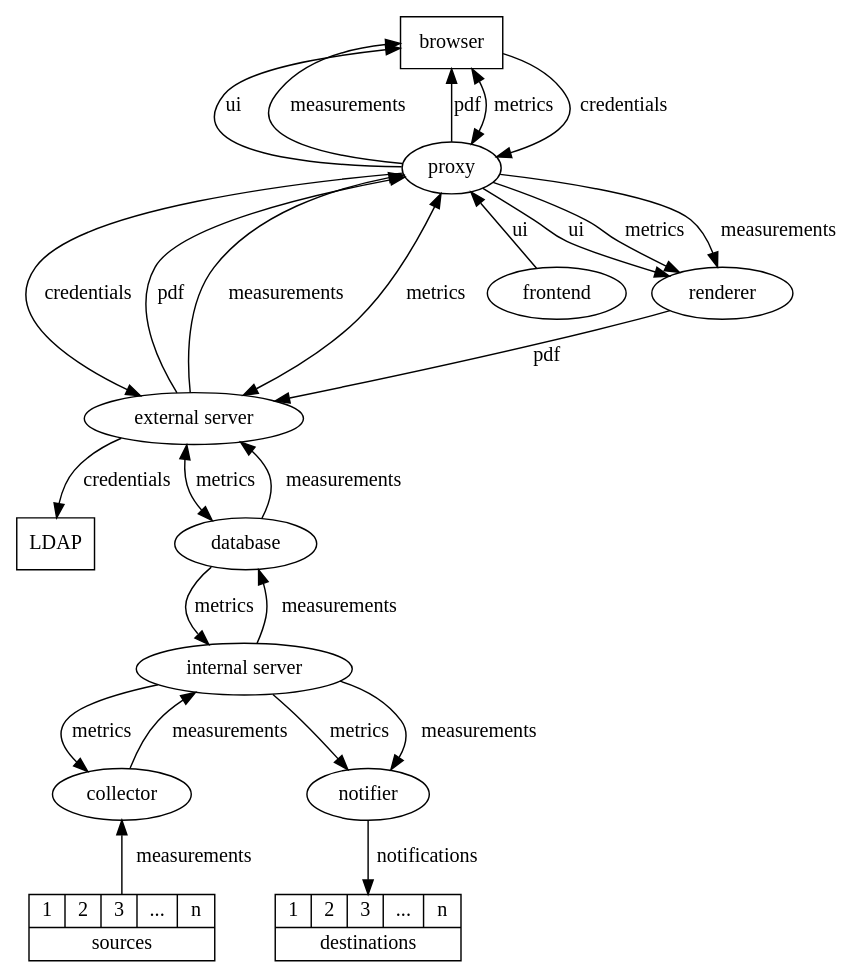
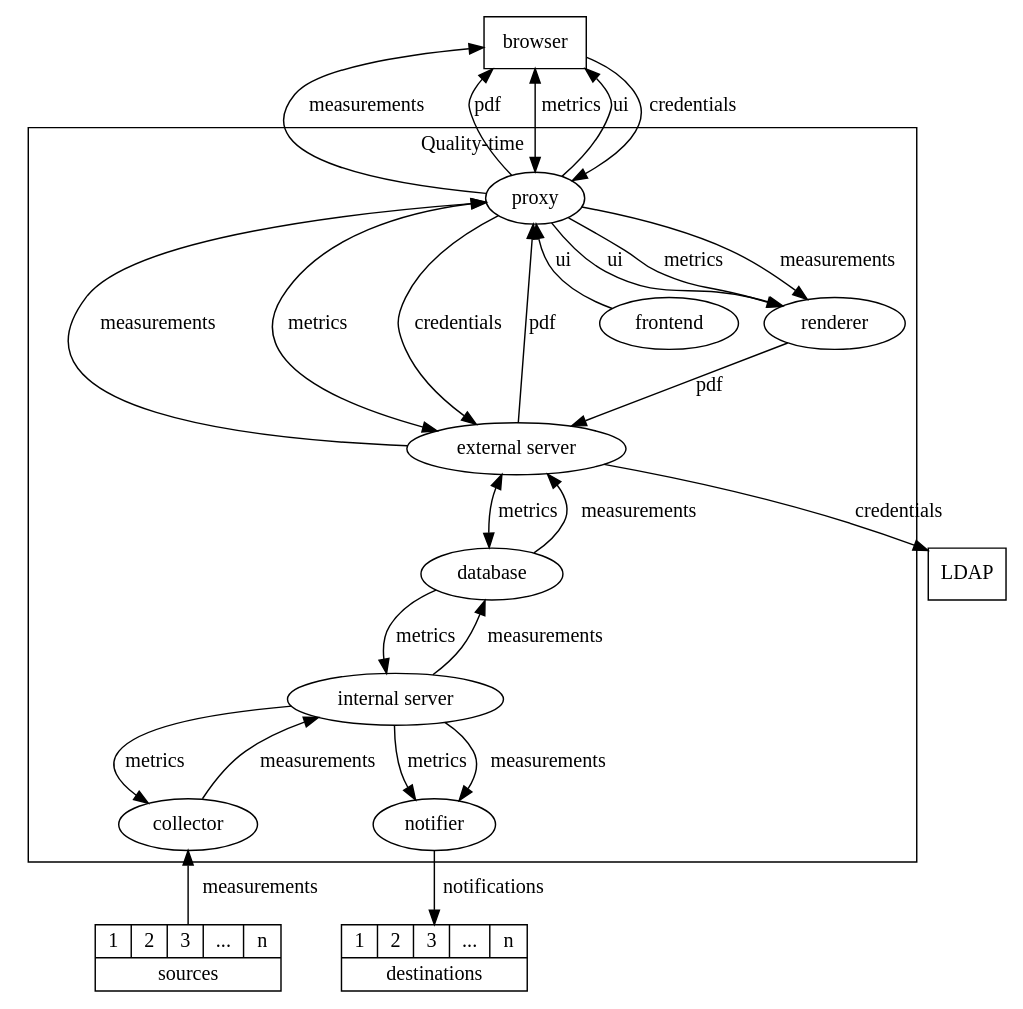
One commit to ICTU/quality-time changed the diagram in docs/src/components-light.dot. Above: the diagram before and after it, drawn with Graphviz. The commit also changed 1 other file, not shown here.

Commit message:
Better software structure graph.

```diff
--- a/docs/src/components-light.dot
+++ b/docs/src/components-light.dot
@@ -1,36 +1,41 @@
 digraph {
   graph [bcolor=transparant, fontname="SFMono-Regular"]
   node [fontname="SFMono-Regular"]
   edge [fontname="SFMono-Regular"]
-  browser [shape=rectangle]
+browser [shape=rectangle]
   ldap [shape=rectangle, label="LDAP"]
-  external_server [label="external server"]
-  internal_server [label="internal server"]
-  browser -> proxy [label=ui, dir="back"]
+  subgraph cluster_qt {
+    rank="min"
+    label="Quality-time"
+    color=black
+    external_server [label="external server"]
+    internal_server [label="internal server"]
+    proxy -> frontend [label=ui, dir="back"]
+    proxy -> external_server [label=measurements, dir="back"]
+    proxy -> external_server [label=metrics, dir="both"]
+    proxy -> external_server [label=credentials]
+    proxy -> external_server [label=pdf, dir="back"]
+    proxy -> renderer [label=ui]
+    proxy -> renderer [label=metrics]
+    proxy -> renderer [label=measurements]
+    external_server -> database [label=metrics, dir="both"]
+    external_server -> database [label=measurements, dir="back"]
+    database -> internal_server [label=metrics]
+    database -> internal_server [label=measurements, dir="back"]
+    internal_server -> collector [label=metrics]
+    internal_server -> collector [label=measurements, dir="back"]
+    internal_server -> notifier [label=metrics]
+    internal_server -> notifier [label=measurements]
+    renderer -> external_server [label=pdf]
+  }
   browser -> proxy [label=measurements, dir="back"]
   browser -> proxy [label=pdf, dir="back"]
   browser -> proxy [label=metrics, dir="both"]
-  proxy -> frontend [label=ui, dir="back"]
-  proxy -> external_server [label=measurements, dir="back"]
-  proxy -> external_server [label=metrics, dir="both"]
-  internal_server -> database [label=measurements]
-  database -> internal_server [label=metrics]
-  database -> external_server [label=measurements]
-  external_server -> database [label=metrics, dir="both"]
-  collector -> internal_server [label=measurements]
-  internal_server -> collector [label=metrics]
+  browser -> proxy [label=ui, dir="back"]
+  browser -> proxy [label=credentials]
   collector -> source [label=measurements, dir="back"]
-  internal_server -> notifier [label=metrics]
-  internal_server -> notifier [label=measurements]
   notifier -> destination [label=notifications]
-  proxy -> renderer [label=ui]
-  proxy -> renderer [label=metrics]
-  proxy -> renderer [label=measurements]
-  renderer -> external_server [label=pdf]
-  external_server -> proxy [label=pdf]
-  browser -> proxy [label=credentials]
-  proxy -> external_server [label=credentials]
   external_server -> ldap [label=credentials]
   source [label="{{1|2|3|...|n}|sources}" shape=record]
   destination [label="{{1|2|3|...|n}|destinations}" shape=record]
 }
```
